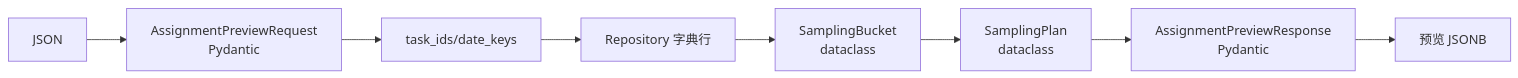
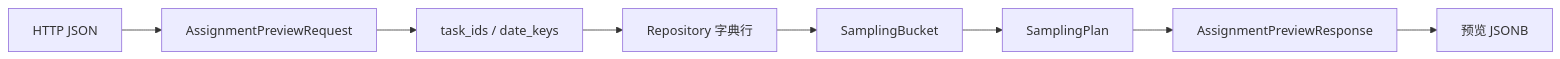
One commit to pokemonAndCodeMaster/omni-brain changed the fourth of 5 diagrams in knowledge/domains/quality/manual/acceptance/python-architecture-and-implementation.md. Above: the diagram before and after it, drawn with Mermaid. The commit also changed other lines of this file and 24 other files, not shown here.

````diff
--- a/knowledge/domains/quality/manual/acceptance/python-architecture-and-implementation.md
+++ b/knowledge/domains/quality/manual/acceptance/python-architecture-and-implementation.md
@@ -142,10 +192,10 @@
-```mermaid
+~~~mermaid
 flowchart LR
-    JSON[JSON] --> P[AssignmentPreviewRequest\nPydantic]
-    P --> IDS[task_ids/date_keys]
+    JSON[HTTP JSON] --> REQ[AssignmentPreviewRequest]
+    REQ --> IDS[task_ids / date_keys]
     IDS --> ROWS[Repository 字典行]
-    ROWS --> B[SamplingBucket\ndataclass]
-    B --> PLAN[SamplingPlan\ndataclass]
-    PLAN --> RESP[AssignmentPreviewResponse\nPydantic]
-    RESP --> DBJSON[预览 JSONB]
-```
+    ROWS --> BUCKET[SamplingBucket]
+    BUCKET --> PLAN[SamplingPlan]
+    PLAN --> RESP[AssignmentPreviewResponse]
+    RESP --> PAYLOAD[预览 JSONB]
+~~~
````
